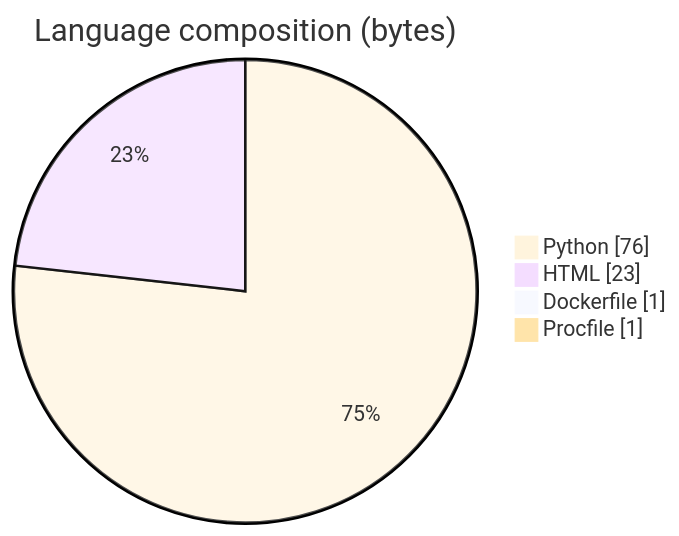
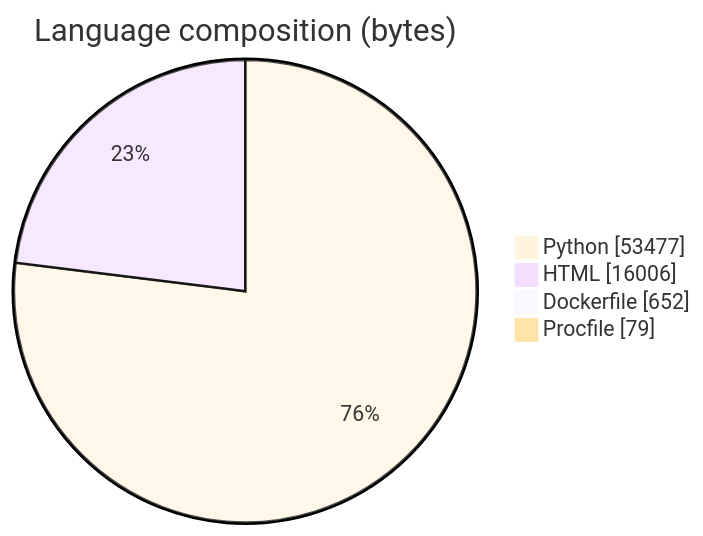
Before and after one commit to ArchanaChetan07/validation-lab-capacity-planning-copilot: the seventh of 7 diagrams in README.md, drawn with Mermaid. The commit also changed other lines of this file, not shown here.

Commit message:
docs: FAANG-ready README with full 13/13 validation table and architecture diagrams

````diff
--- a/README.md
+++ b/README.md
@@ -78,8 +204,8 @@
 ```mermaid
 %%{init: {'theme':'base'}}%%
 pie showData title Language composition (bytes)
-    "Python" : 76
-    "HTML" : 23
-    "Dockerfile" : 1
-    "Procfile" : 1
+    "Python" : 53477
+    "HTML" : 16006
+    "Dockerfile" : 652
+    "Procfile" : 79
 ```
````
